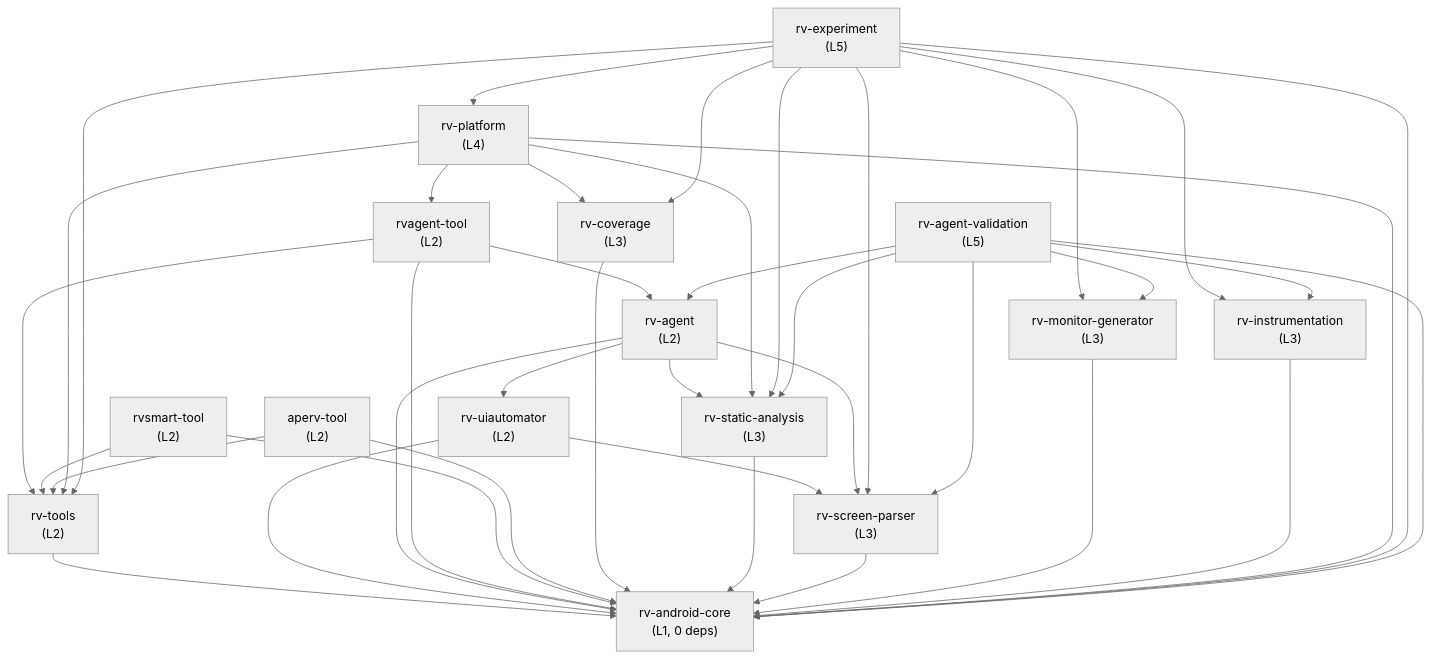
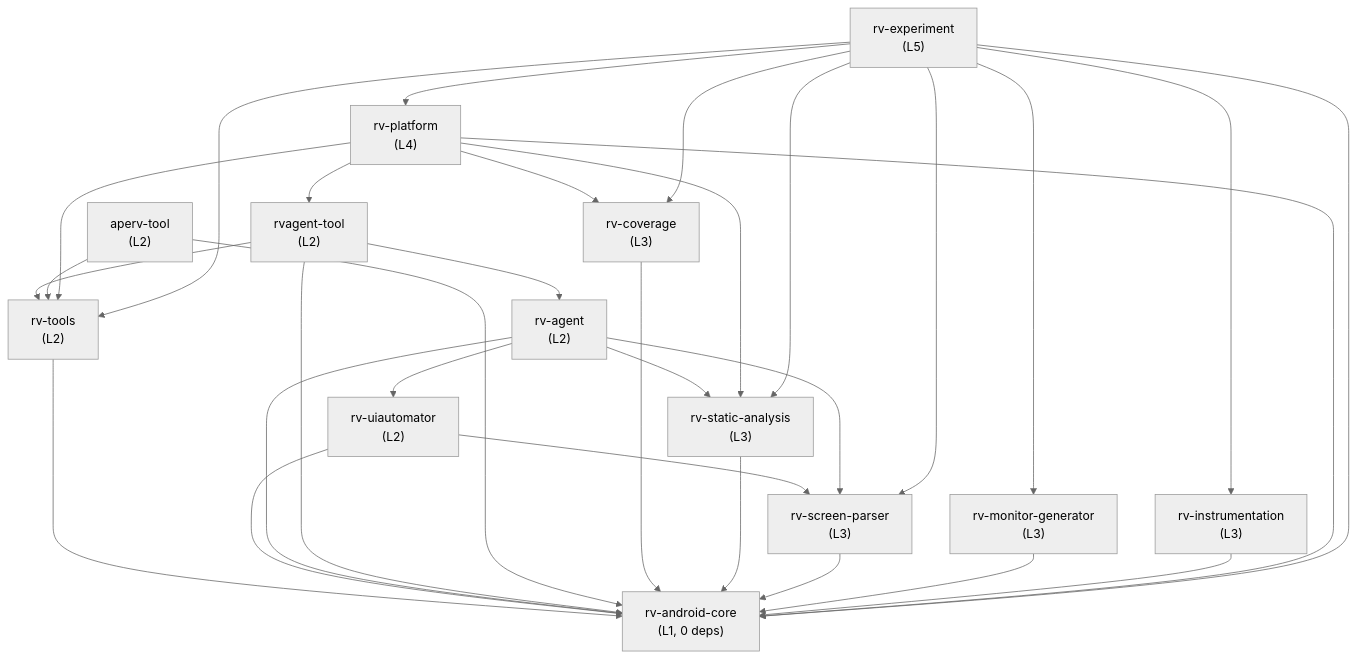
One commit to PAMunb/rvsec changed the second of 4 diagrams in rv-android/docs/rv_android_architecture.md. Above: the diagram before and after it, drawn with Mermaid. The commit also changed other lines of this file and 629 other files, not shown here.

First line of the commit message:
chore(tg1): archive rvsmart-tool, rv-agent-validation; close obsolete issues (refs #48)

````diff
--- a/rv-android/docs/rv_android_architecture.md
+++ b/rv-android/docs/rv_android_architecture.md
@@ -213,66 +202,56 @@
 ```mermaid
 %%{init: {'theme': 'neutral'}}%%
 flowchart TD
     core["rv-android-core<br/>(L1, 0 deps)"]
 
     tools["rv-tools<br/>(L2)"]
     uiauto["rv-uiautomator<br/>(L2)"]
     agent["rv-agent<br/>(L2)"]
     agentTool["rvagent-tool<br/>(L2)"]
-    smartTool["rvsmart-tool<br/>(L2)"]
     apervTool["aperv-tool<br/>(L2)"]
 
     coverage["rv-coverage<br/>(L3)"]
     staticA["rv-static-analysis<br/>(L3)"]
     screenP["rv-screen-parser<br/>(L3)"]
     monGen["rv-monitor-generator<br/>(L3)"]
     instrm["rv-instrumentation<br/>(L3)"]
 
     platform["rv-platform<br/>(L4)"]
 
     experiment["rv-experiment<br/>(L5)"]
-    validation["rv-agent-validation<br/>(L5)"]
 
     tools --> core
     uiauto --> core
     uiauto --> screenP
     agent --> core
     agent --> screenP
     agent --> uiauto
     agent --> staticA
     agentTool --> core
     agentTool --> agent
     agentTool --> tools
-    smartTool --> core
-    smartTool --> tools
     apervTool --> core
     apervTool --> tools
 
     coverage --> core
     staticA --> core
     screenP --> core
     monGen --> core
     instrm --> core
 
     platform --> core
     platform --> tools
     platform --> coverage
     platform --> staticA
     platform --> agentTool
 
     experiment --> core
     experiment --> platform
     experiment --> tools
     experiment --> monGen
     experiment --> instrm
     experiment --> staticA
     experiment --> coverage
     experiment --> screenP
 
-    validation --> core
-    validation --> agent
-    validation --> staticA
-    validation --> screenP
-    validation --> monGen
-    validation --> instrm
 ```
````
